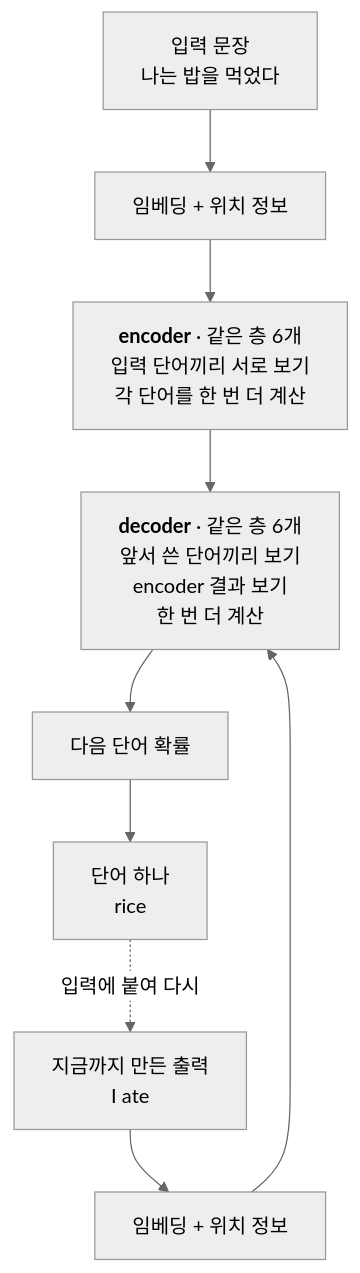
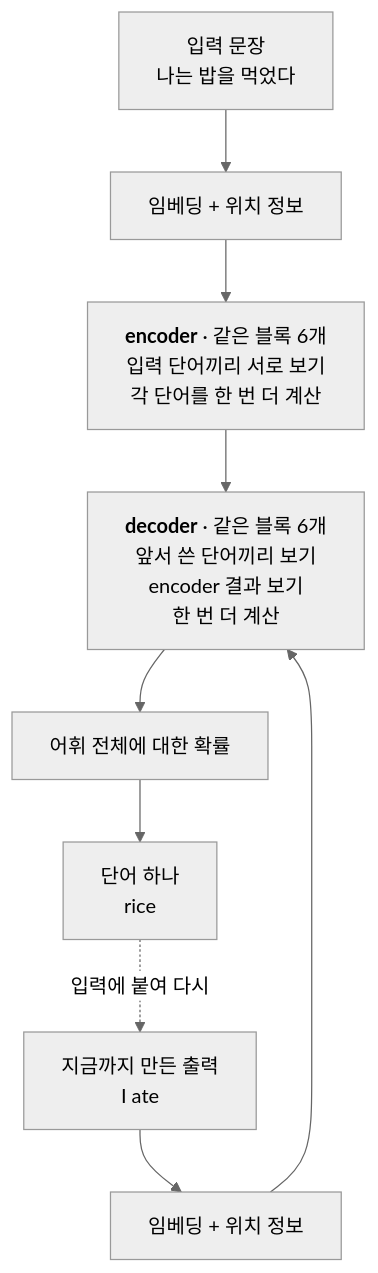
One commit to qoal1201/qoal1201.github.io changed the second of 2 diagrams in paper-reviews/1706.03762-attention-is-all-you-need.qmd. Above: the diagram before and after it, drawn with Mermaid (neutral theme). The commit also changed other lines of this file, not shown here.

````diff
--- a/paper-reviews/1706.03762-attention-is-all-you-need.qmd
+++ b/paper-reviews/1706.03762-attention-is-all-you-need.qmd
@@ -134,11 +175,11 @@
 ```{mermaid}
 flowchart TB
     IN["입력 문장<br/>나는 밥을 먹었다"] --> EMB["임베딩 + 위치 정보"]
-    EMB --> ENC["<b>encoder</b> · 같은 층 6개<br/>입력 단어끼리 서로 보기<br/>각 단어를 한 번 더 계산"]
+    EMB --> ENC["<b>encoder</b> · 같은 블록 6개<br/>입력 단어끼리 서로 보기<br/>각 단어를 한 번 더 계산"]
     OUT["지금까지 만든 출력<br/>I ate"] --> OEMB["임베딩 + 위치 정보"]
-    OEMB --> DEC["<b>decoder</b> · 같은 층 6개<br/>앞서 쓴 단어끼리 보기<br/>encoder 결과 보기<br/>한 번 더 계산"]
+    OEMB --> DEC["<b>decoder</b> · 같은 블록 6개<br/>앞서 쓴 단어끼리 보기<br/>encoder 결과 보기<br/>한 번 더 계산"]
     ENC --> DEC
-    DEC --> PROB["다음 단어 확률"]
-    PROB --> WORD["단어 하나<br/>rice"]
+    DEC --> HEAD["어휘 전체에 대한 확률"]
+    HEAD --> WORD["단어 하나<br/>rice"]
     WORD -.->|입력에 붙여 다시| OUT
 ```
````
